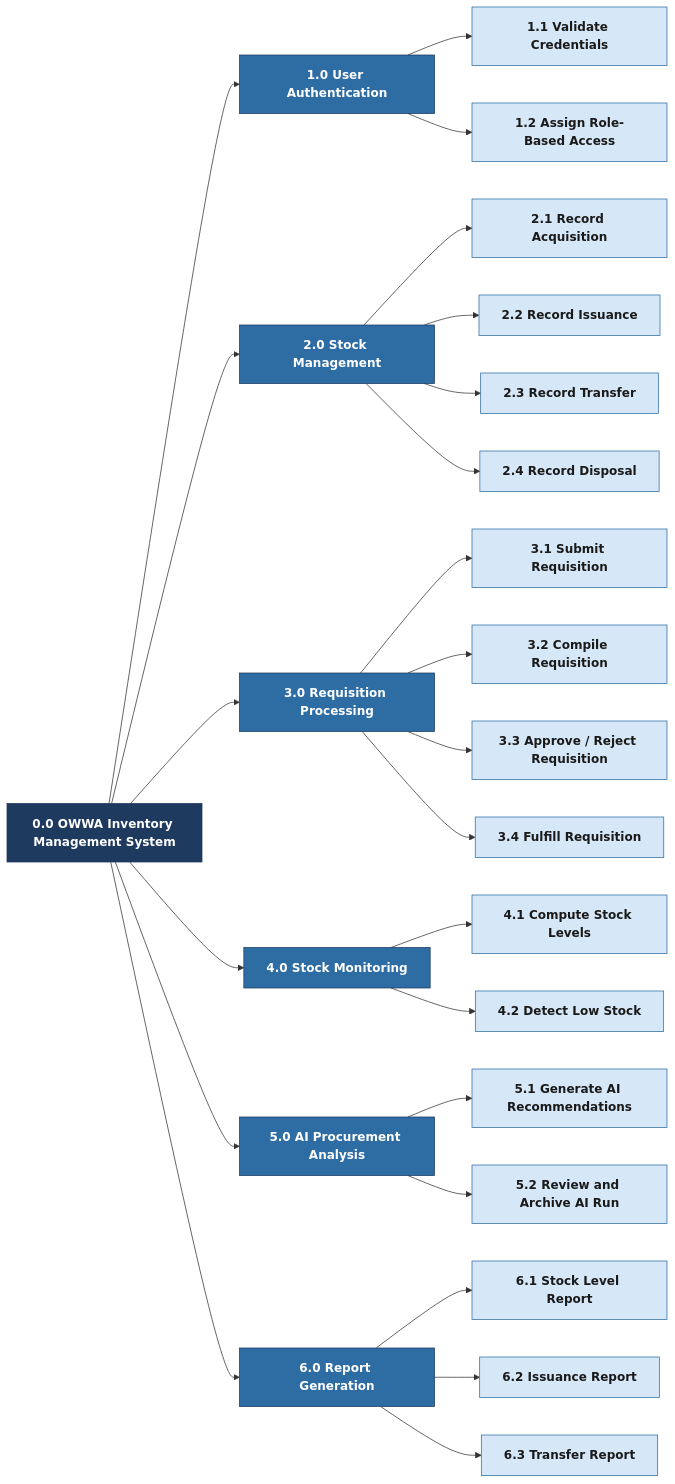
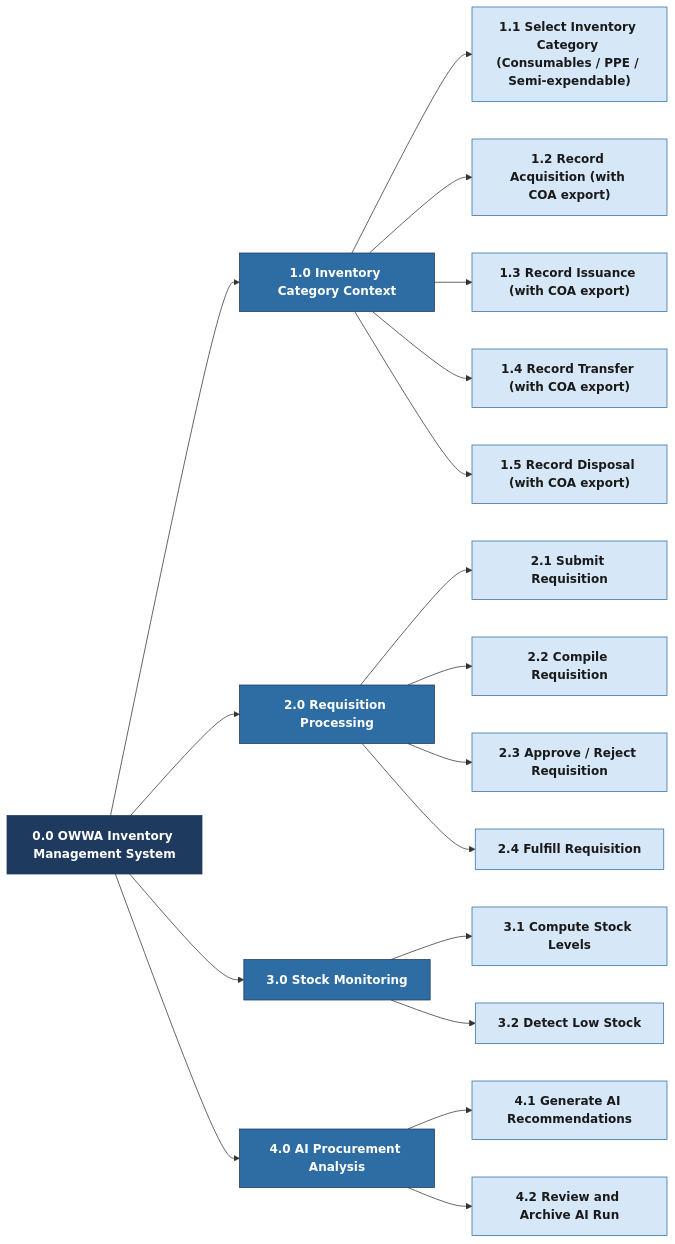
Before and after one commit to Daaanj05/owwa_inventory: the diagram in docs/HIPO.md, drawn with Mermaid. The commit also changed other lines of this file and 569 other files, not shown here.

````diff
--- a/docs/HIPO.md
+++ b/docs/HIPO.md
@@ -7,38 +7,30 @@
 ```mermaid
 flowchart LR
     A["0.0 OWWA Inventory Management System"]:::root
 
-    A --> B["1.0 User Authentication"]:::mod
-    A --> C["2.0 Stock Management"]:::mod
-    A --> D["3.0 Requisition Processing"]:::mod
-    A --> E["4.0 Stock Monitoring"]:::mod
-    A --> F["5.0 AI Procurement Analysis"]:::mod
-    A --> G["6.0 Report Generation"]:::mod
+    A --> C["1.0 Inventory Category Context"]:::mod
+    A --> D["2.0 Requisition Processing"]:::mod
+    A --> E["3.0 Stock Monitoring"]:::mod
+    A --> F["4.0 AI Procurement Analysis"]:::mod
 
-    B --> B1["1.1 Validate Credentials"]:::sub
-    B --> B2["1.2 Assign Role-Based Access"]:::sub
+    C --> C1["1.1 Select Inventory Category (Consumables / PPE / Semi-expendable)"]:::sub
+    C --> C2["1.2 Record Acquisition (with COA export)"]:::sub
+    C --> C3["1.3 Record Issuance (with COA export)"]:::sub
+    C --> C4["1.4 Record Transfer (with COA export)"]:::sub
+    C --> C5["1.5 Record Disposal (with COA export)"]:::sub
 
-    C --> C1["2.1 Record Acquisition"]:::sub
-    C --> C2["2.2 Record Issuance"]:::sub
-    C --> C3["2.3 Record Transfer"]:::sub
-    C --> C4["2.4 Record Disposal"]:::sub
+    D --> D1["2.1 Submit Requisition"]:::sub
+    D --> D2["2.2 Compile Requisition"]:::sub
+    D --> D3["2.3 Approve / Reject Requisition"]:::sub
+    D --> D4["2.4 Fulfill Requisition"]:::sub
 
-    D --> D1["3.1 Submit Requisition"]:::sub
-    D --> D2["3.2 Compile Requisition"]:::sub
-    D --> D3["3.3 Approve / Reject Requisition"]:::sub
-    D --> D4["3.4 Fulfill Requisition"]:::sub
+    E --> E1["3.1 Compute Stock Levels"]:::sub
+    E --> E2["3.2 Detect Low Stock"]:::sub
 
-    E --> E1["4.1 Compute Stock Levels"]:::sub
-    E --> E2["4.2 Detect Low Stock"]:::sub
-
-    F --> F1["5.1 Generate AI Recommendations"]:::sub
-    F --> F2["5.2 Review and Archive AI Run"]:::sub
-
-    G --> G1["6.1 Stock Level Report"]:::sub
-    G --> G2["6.2 Issuance Report"]:::sub
-    G --> G3["6.3 Transfer Report"]:::sub
+    F --> F1["4.1 Generate AI Recommendations"]:::sub
+    F --> F2["4.2 Review and Archive AI Run"]:::sub
 
     classDef root fill:#1e3a5f,color:#fff,stroke:#1e3a5f,font-weight:bold
     classDef mod fill:#2e6da4,color:#fff,stroke:#1e3a5f
     classDef sub fill:#d6e8f7,color:#1a1a1a,stroke:#2e6da4
 ```
````
